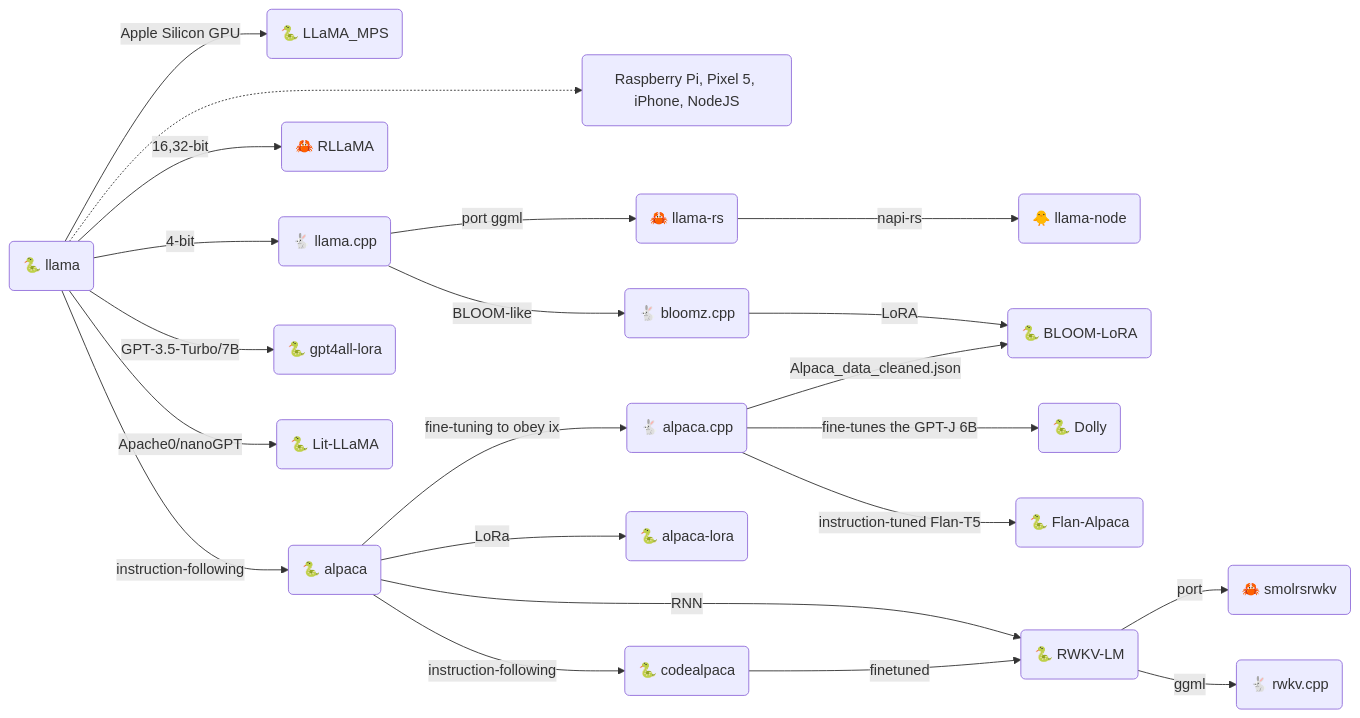
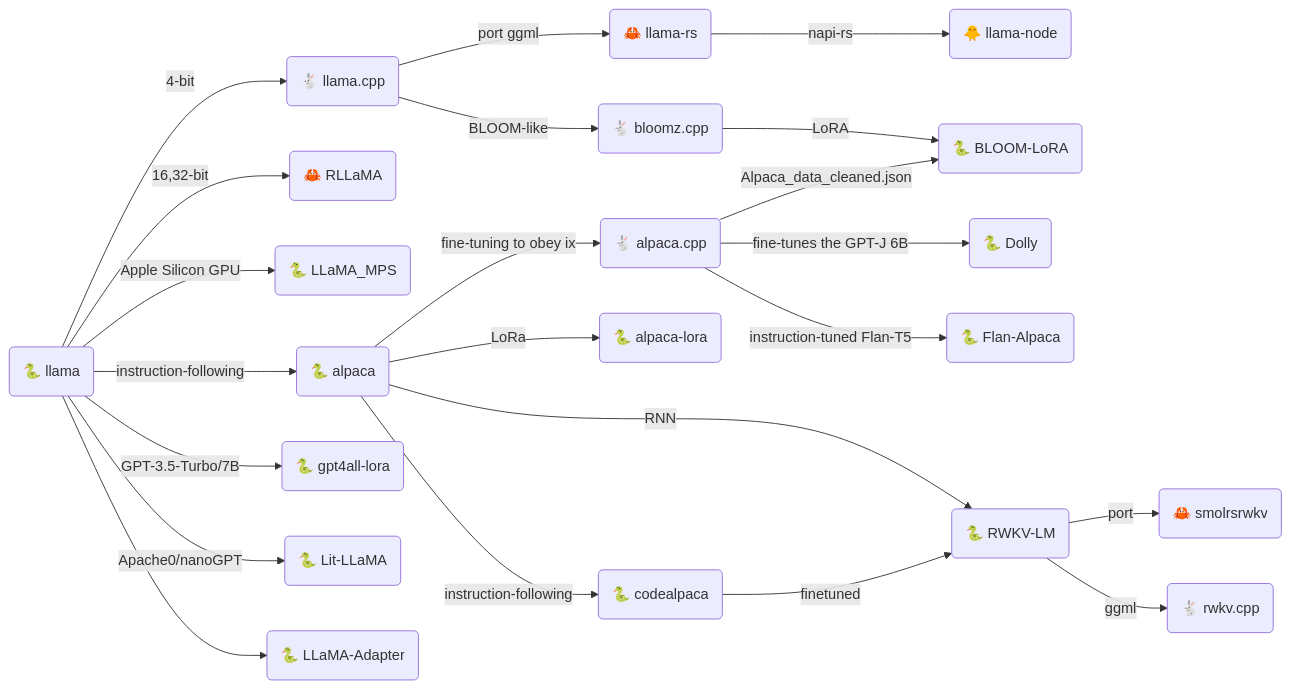
The second of 4 diagrams in src/ml/llama.md (gist-rs/book), drawn with Mermaid before and after one commit. The commit also changed other lines of this file, not shown here.

````diff
--- a/src/ml/llama.md
+++ b/src/ml/llama.md
@@ -35,23 +35,23 @@
 ```mermaid
 graph LR;
-A --Apple Silicon GPU--> AA("🐍 LLaMA_MPS")
-A -..-> AAA("Raspberry Pi, Pixel 5, iPhone, NodeJS")
 A("🐍 llama") --"4-bit"--> B("🐇 llama.cpp")
 B --port ggml--> C("🦀 llama-rs")
 A --"16,32-bit"--> CC("🦀 RLLaMA")
+A --Apple Silicon GPU--> AA("🐍 LLaMA_MPS")
 C --"napi-rs"--> I("🐥 llama-node")
 E --"fine-tuning to obey ix"--> D("🐇 alpaca.cpp")
 E --instruction-following--> H("🐍 codealpaca")
 A --instruction-following--> E("🐍 alpaca") --LoRa--> F("🐍 alpaca-lora")
 B --BLOOM-like--> BB("🐇 bloomz.cpp")
 BB --LoRA--> DDDD("🐍 BLOOM-LoRA")
 D --"fine-tunes the GPT-J 6B"--> DD("🐍 Dolly")
 D --"instruction-tuned Flan-T5"--> DDD("🐍 Flan-Alpaca")
 D --Alpaca_data_cleaned.json--> DDDD
-E --RNN-->EE("🐍 RWKV-LM")
+E --RNN--> EE("🐍 RWKV-LM")
+EE("🐍 RWKV-LM") --port--> EEE("🦀 smolrsrwkv")
 H --finetuned--> EE
-EE("🐍 RWKV-LM") --port--> EEE("🦀 smolrsrwkv")
 EE --ggml--> EEEE("🐇 rwkv.cpp")
 A --"GPT-3.5-Turbo/7B"--> FF("🐍 gpt4all-lora")
 A --"Apache0/nanoGPT"--> AAAA("🐍 Lit-LLaMA")
+A --> AAA("🐍 LLaMA-Adapter")
 ```
````
